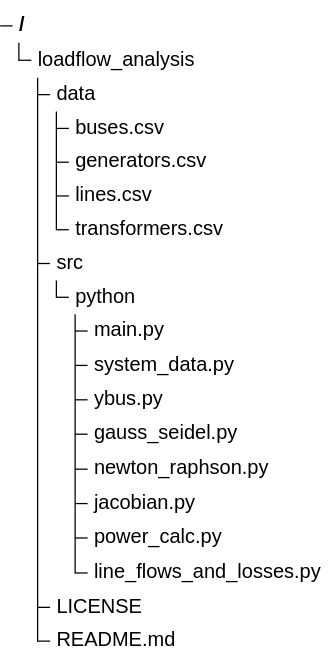
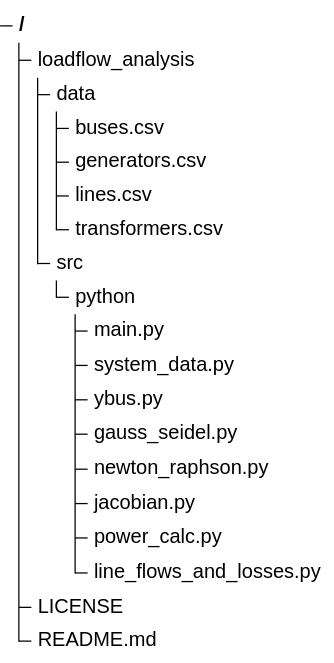
Before and after one commit to sai-power-systems/loadflow-analysis-toolkit: the diagram in README.md, drawn with Mermaid.

Commit message:
ref: ocfg6

````diff
--- a/README.md
+++ b/README.md
@@ -23,23 +23,23 @@
 ```mermaid
 
 treeView-beta
-  loadflow_analysis
-    data
-      buses.csv
-      generators.csv
-      lines.csv
-      transformers.csv
-    src
-      python
-        main.py
-        system_data.py
-        ybus.py
-        gauss_seidel.py
-        newton_raphson.py
-        jacobian.py
-        power_calc.py
-        line_flows_and_losses.py
-    LICENSE
-    README.md
+    "loadflow_analysis"
+        "data"
+            "buses.csv"
+            "generators.csv"
+            "lines.csv"
+            "transformers.csv"
+        "src"
+            "python"
+                "main.py"
+                "system_data.py"
+                "ybus.py"
+                "gauss_seidel.py"
+                "newton_raphson.py"
+                "jacobian.py"
+                "power_calc.py"
+                "line_flows_and_losses.py"
+    "LICENSE"
+    "README.md"
 
 ```
````
